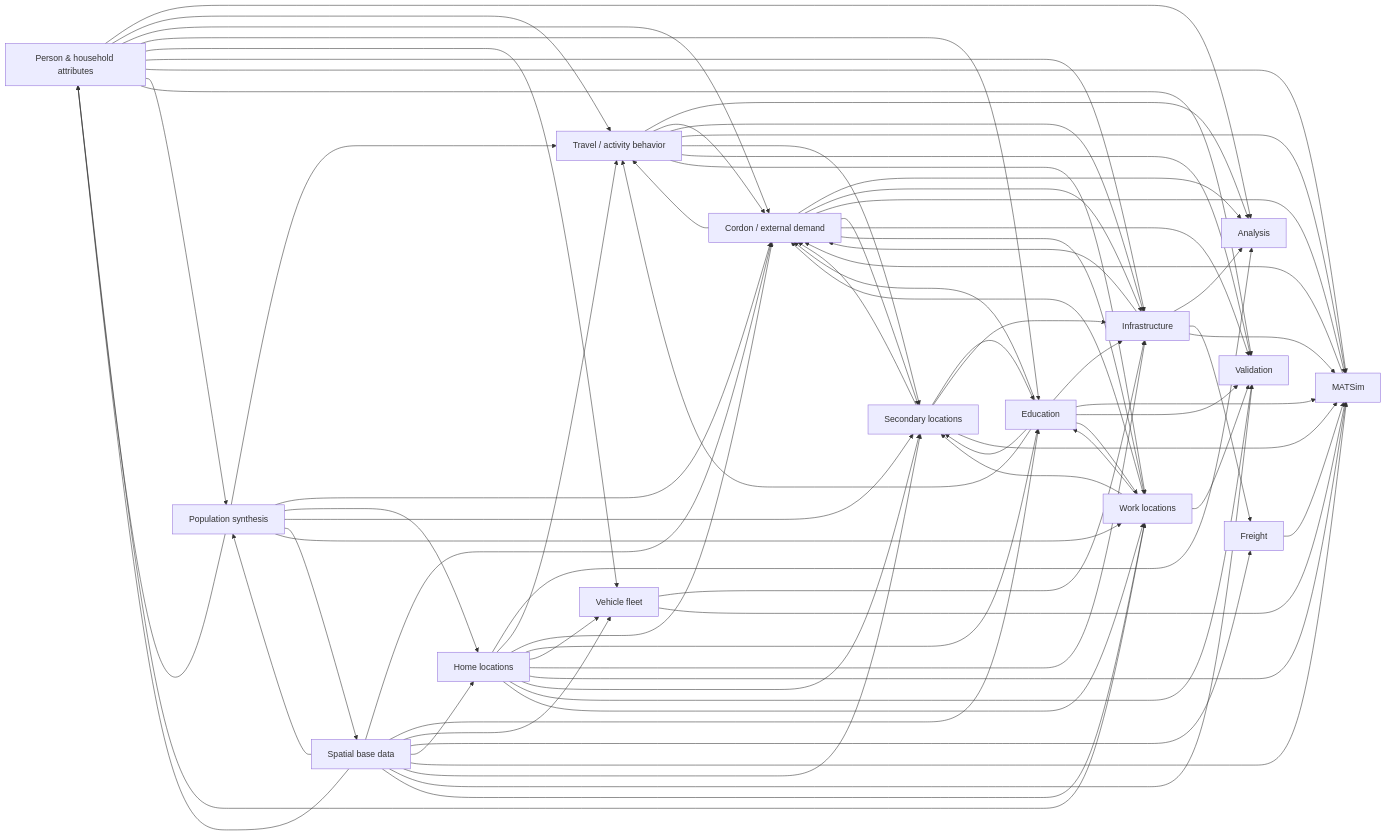
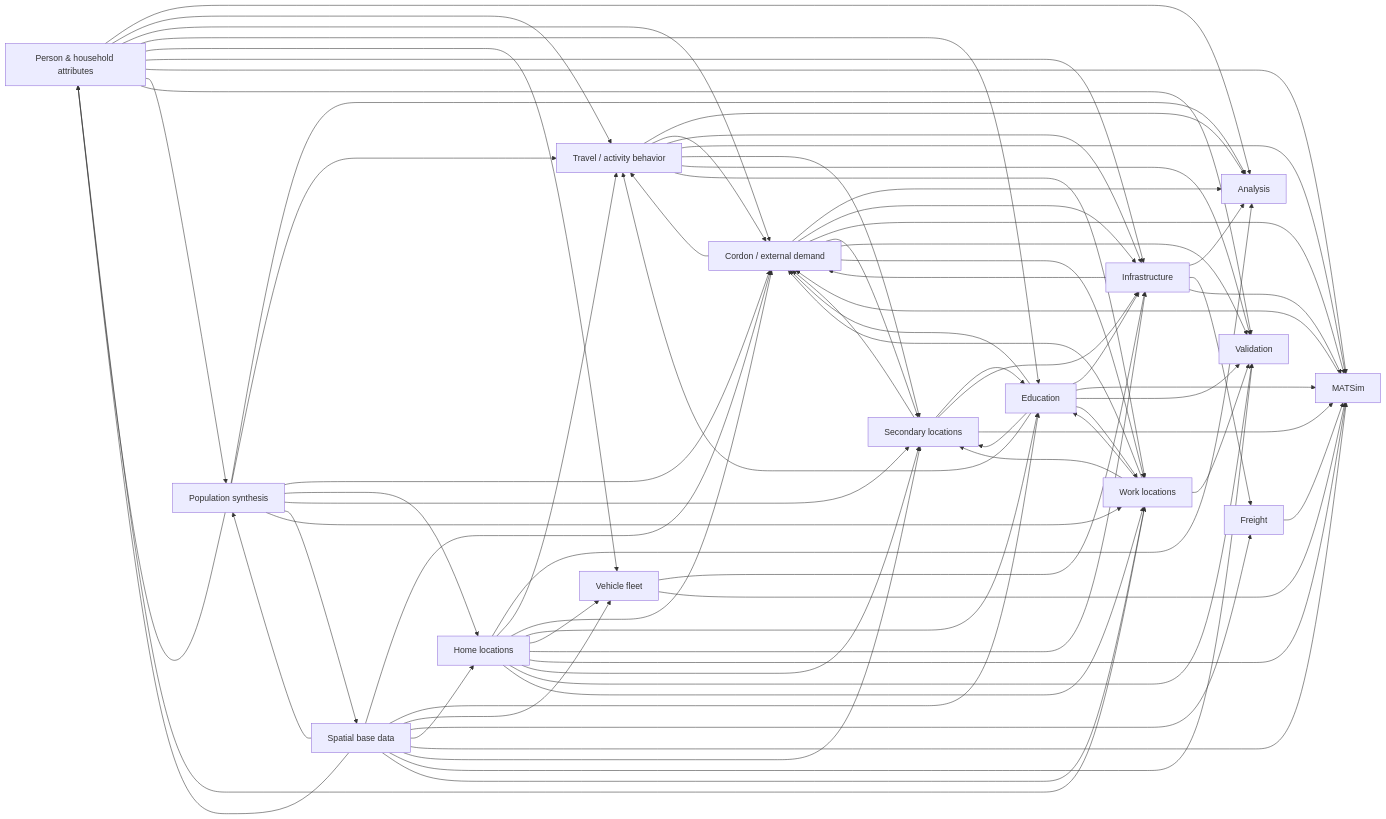
Before and after one commit to TUBS-IVS/eqasim-bs: the diagram in docs/generated/PIPELINE.md, drawn with Mermaid. The commit also changed other lines of this file and 7 other files, not shown here.

```diff
--- a/docs/generated/PIPELINE.md
+++ b/docs/generated/PIPELINE.md
@@ -79,6 +79,7 @@
     infrastructure --> freight
     infrastructure --> matsim
     matsim --> cordon
+    population --> analysis
     population --> attributes
     population --> behavior
     population --> cordon
```
